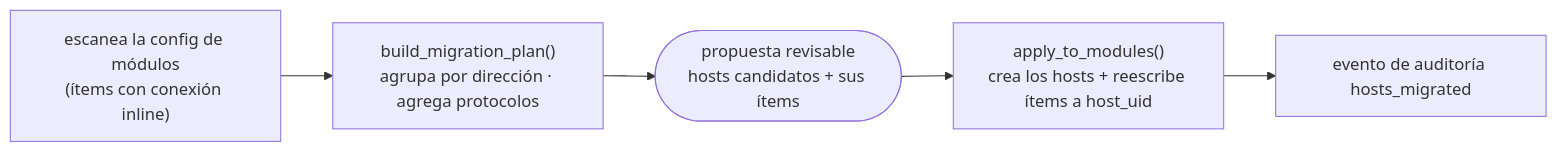
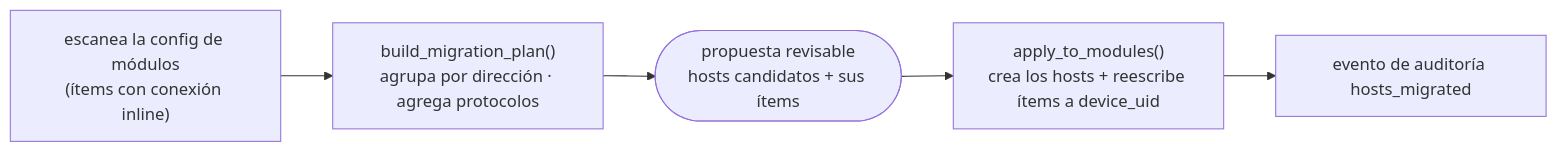
The second of 2 diagrams in docs/explica-hosts.md (vsc55/ServiceSentry), drawn with Mermaid before and after one commit. The commit also changed other lines of this file and 58 other files, not shown here.

````diff
--- a/docs/explica-hosts.md
+++ b/docs/explica-hosts.md
@@ -130,7 +130,7 @@
 ```mermaid
 flowchart LR
     scan["escanea la config de módulos<br/>(ítems con conexión inline)"] --> plan["build_migration_plan()<br/>agrupa por dirección · agrega protocolos"]
     plan --> review(["propuesta revisable<br/>hosts candidatos + sus ítems"])
-    review --> apply["apply_to_modules()<br/>crea los hosts + reescribe ítems a host_uid"]
+    review --> apply["apply_to_modules()<br/>crea los hosts + reescribe ítems a device_uid"]
     apply --> ev["evento de auditoría hosts_migrated"]
 ```
````
